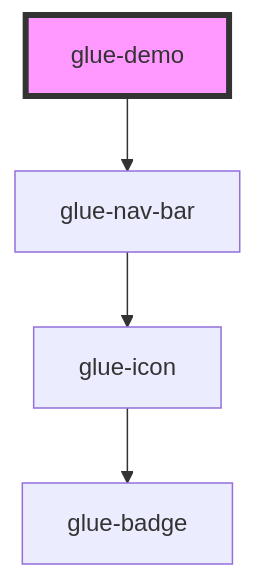
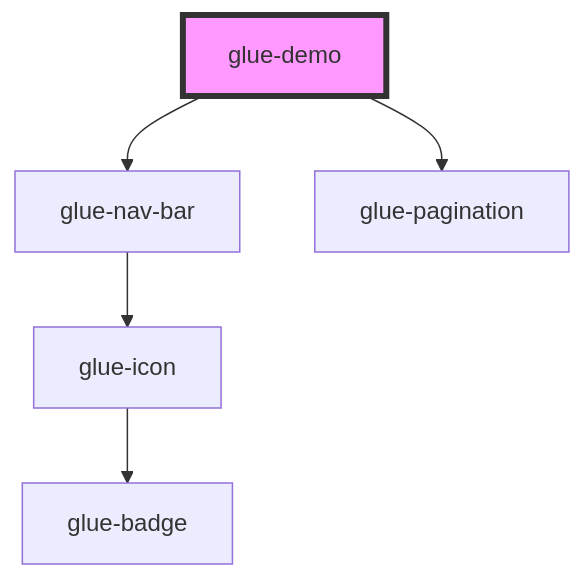
The diagram in packages/glue-components/src/components/glue-demo/readme.md (grasilife/glue), drawn with Mermaid before and after one commit. The commit also changed other lines of this file and 3 other files, not shown here.

````diff
--- a/packages/glue-components/src/components/glue-demo/readme.md
+++ b/packages/glue-components/src/components/glue-demo/readme.md
@@ -24,7 +25,8 @@
 ```mermaid
 graph TD;
   glue-demo --> glue-nav-bar
+  glue-demo --> glue-pagination
   glue-nav-bar --> glue-icon
   glue-icon --> glue-badge
   style glue-demo fill:#f9f,stroke:#333,stroke-width:4px
 ```
````
